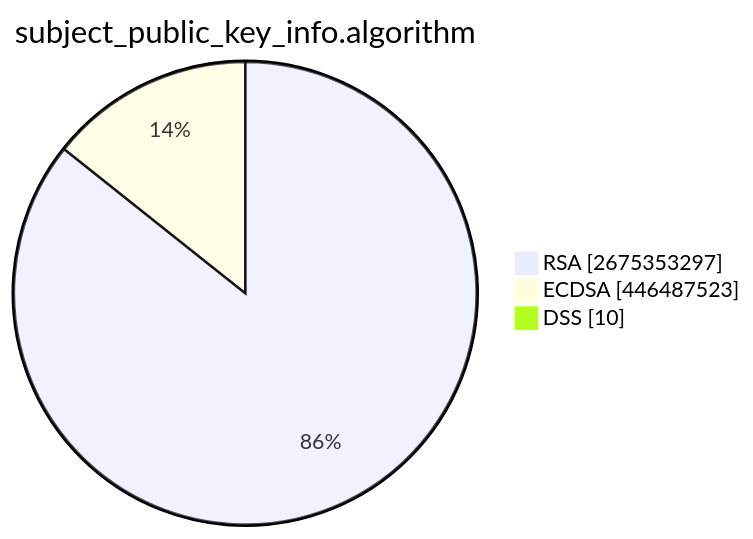
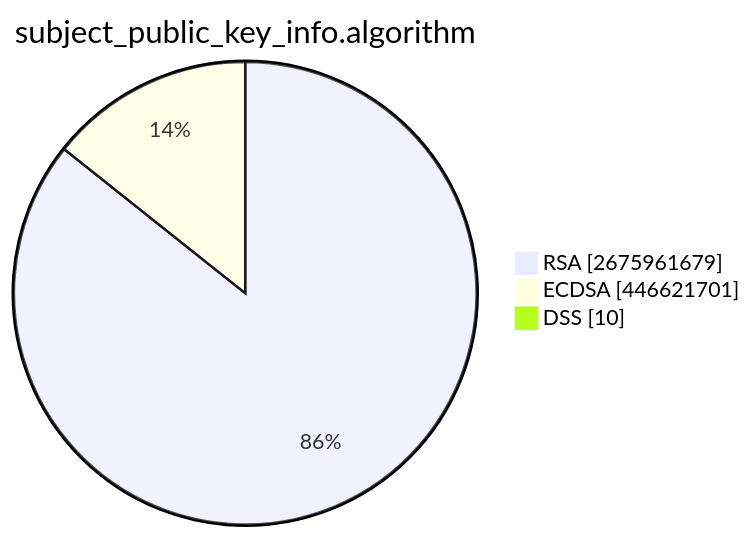
Before and after one commit to christiankrug/ctmonitor_visualization: the second of 15 diagrams in TOTAL/README.md, drawn with Mermaid. The commit also changed other lines of this file, not shown here.

````diff
--- a/TOTAL/README.md
+++ b/TOTAL/README.md
@@ -6,7 +6,7 @@
 ```mermaid
 pie showData
 title subject_public_key_info.algorithm
-"RSA" :2675353297
-"ECDSA" :446487523
+"RSA" :2675961679
+"ECDSA" :446621701
 "DSS" :10
 ```
````
